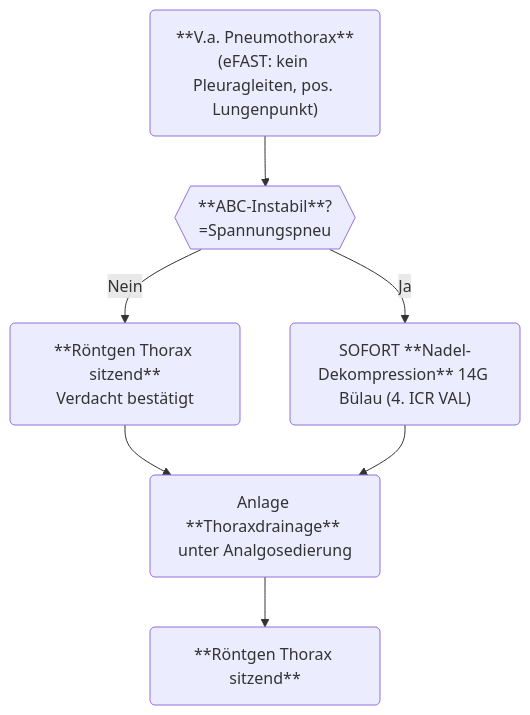
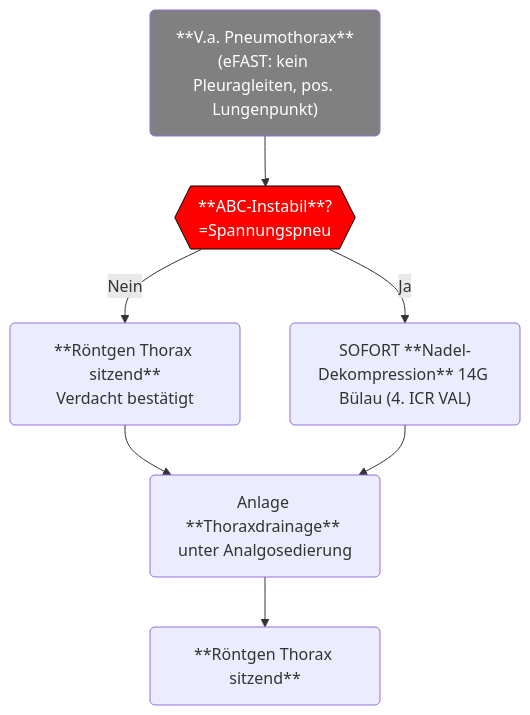
The diagram in content/Pneu.md (vncntwbr/notfallbausteine), drawn with Mermaid before and after one commit.

Commit message:
Quartz sync: Mar 28, 2026, 4:28 PM

````diff
--- a/content/Pneu.md
+++ b/content/Pneu.md
@@ -19,11 +19,15 @@
 ```mermaid
 flowchart TD
     Start("**V.a. Pneumothorax**<br>(eFAST: kein Pleuragleiten, pos. Lungenpunkt)") --> Instabil{{"**ABC-Instabil**?<br>=Spannungspneu"}}
     Instabil -->|Ja| Dek("SOFORT **Nadel-Dekompression** 14G Bülau (4. ICR VAL)")
     Instabil -->|Nein| Rö("**Röntgen Thorax sitzend**<br>Verdacht bestätigt")
     Rö --> Tdx(Anlage **Thoraxdrainage** unter Analgosedierung)
     Dek --> Tdx
     Tdx --> Rö2(**Röntgen Thorax sitzend**)
+    
     click C "https://www.github.com" "Open this in a new tab" _blank
     click D "https://www.github.com" "Open this in a new tab" _blank
+    
+    style Instabil fill:red,color:white,stroke:black
+    style Start fill:grey,color:white
 ```
````
